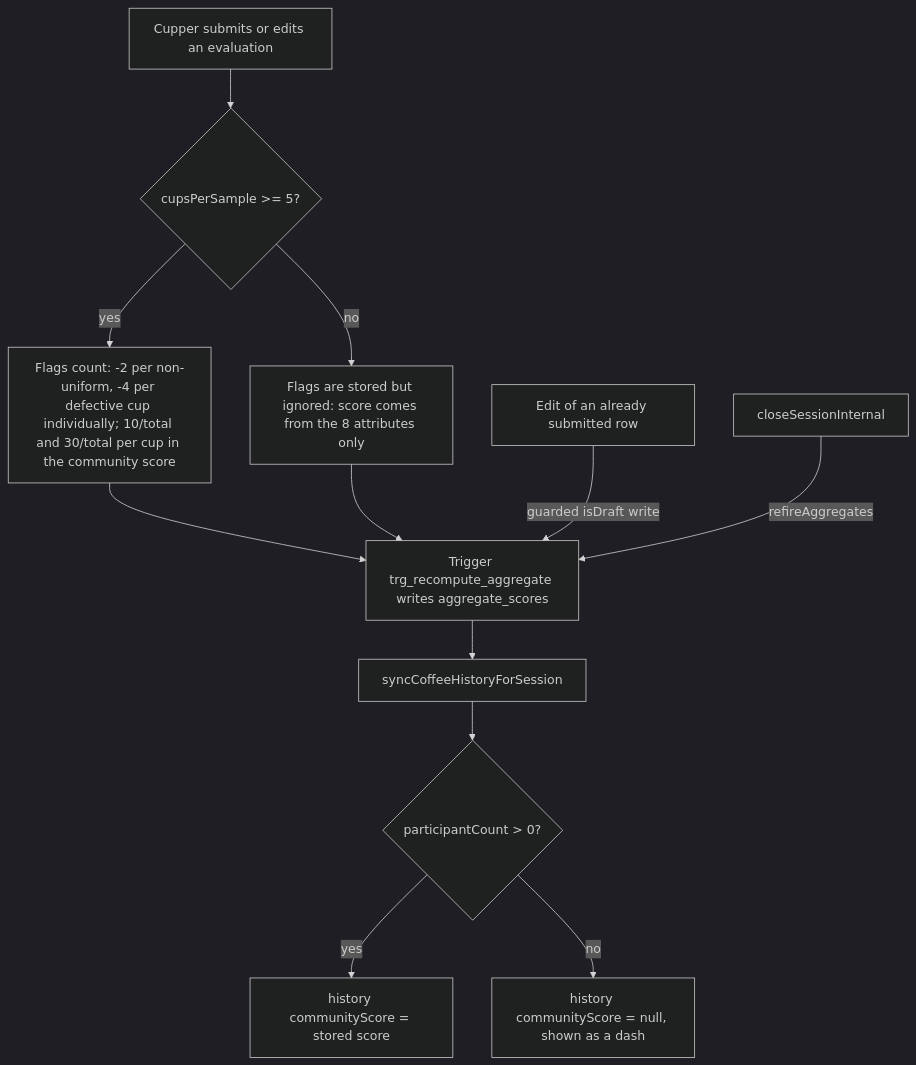
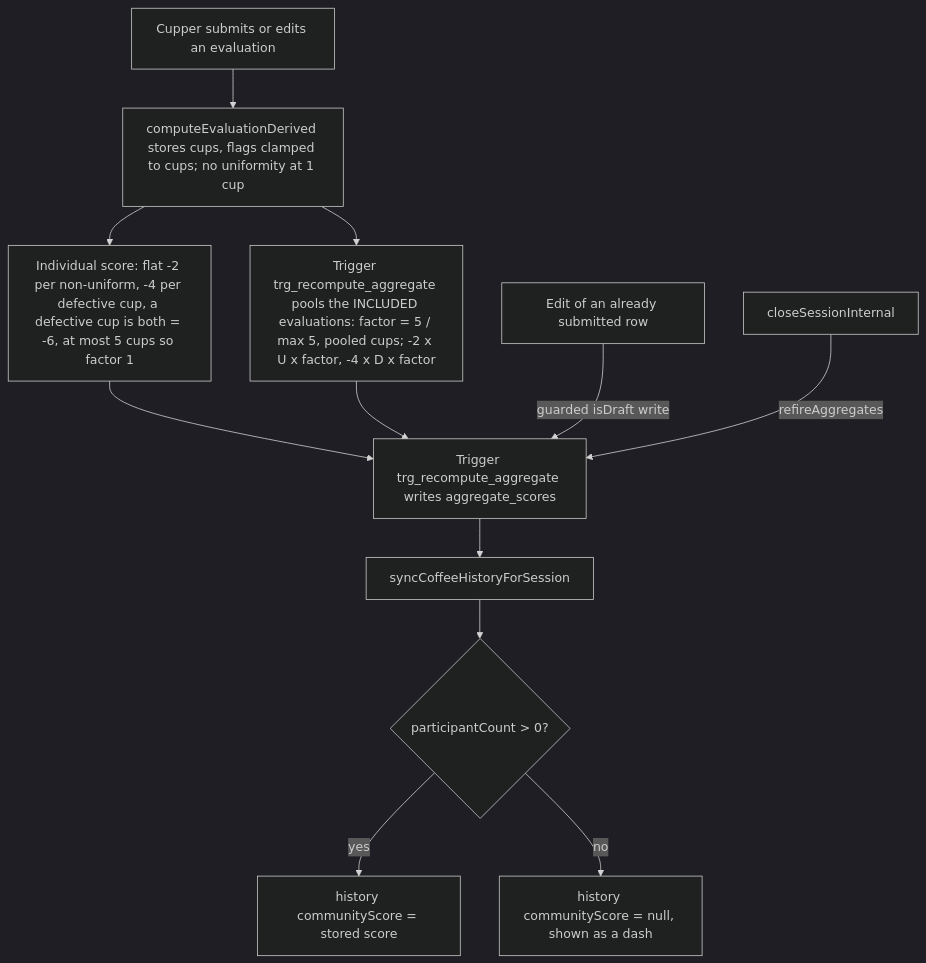
One commit to ricardovelezd27/cata-cafe changed diagram 17 of 17 in docs/flows.md. Above: the diagram before and after it, drawn with Mermaid (dark theme). The commit also changed other lines of this file and 3 other files, not shown here.

Commit message:
Docs: scoring rule, PHASE 26 runbook section (order and reasons), flows

````diff
--- a/docs/flows.md
+++ b/docs/flows.md
@@ -1017,14 +1017,14 @@
 ```mermaid
 flowchart TD
-  A[Cupper submits or edits an evaluation] --> B{cupsPerSample >= 5?}
-  B -- yes --> C[Flags count: -2 per non-uniform, -4 per defective cup individually; 10/total and 30/total per cup in the community score]
-  B -- no --> D[Flags are stored but ignored: score comes from the 8 attributes only]
+  A[Cupper submits or edits an evaluation] --> B[computeEvaluationDerived stores cups, flags clamped to cups; no uniformity at 1 cup]
+  B --> C[Individual score: flat -2 per non-uniform, -4 per defective cup, a defective cup is both = -6, at most 5 cups so factor 1]
+  B --> D[Trigger trg_recompute_aggregate pools the INCLUDED evaluations: factor = 5 / max 5, pooled cups; -2 x U x factor, -4 x D x factor]
   C --> E[Trigger trg_recompute_aggregate writes aggregate_scores]
   D --> E
   F[Edit of an already submitted row] -->|guarded isDraft write| E
   G[closeSessionInternal] -->|refireAggregates| E
   E --> H[syncCoffeeHistoryForSession]
   H --> I{participantCount > 0?}
   I -- yes --> J[history communityScore = stored score]
   I -- no --> K[history communityScore = null, shown as a dash]
 ```
````
